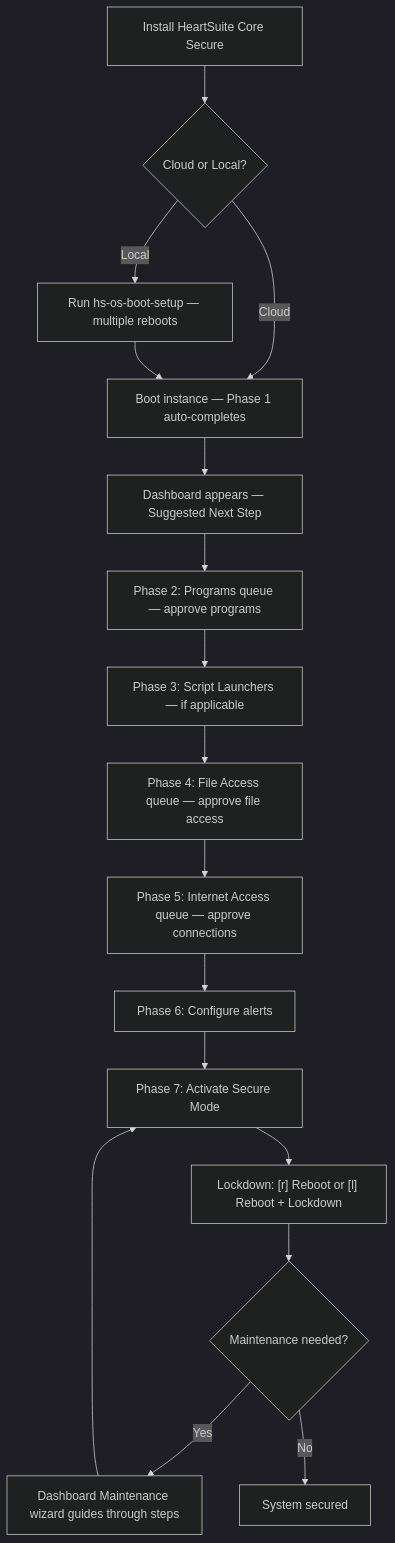
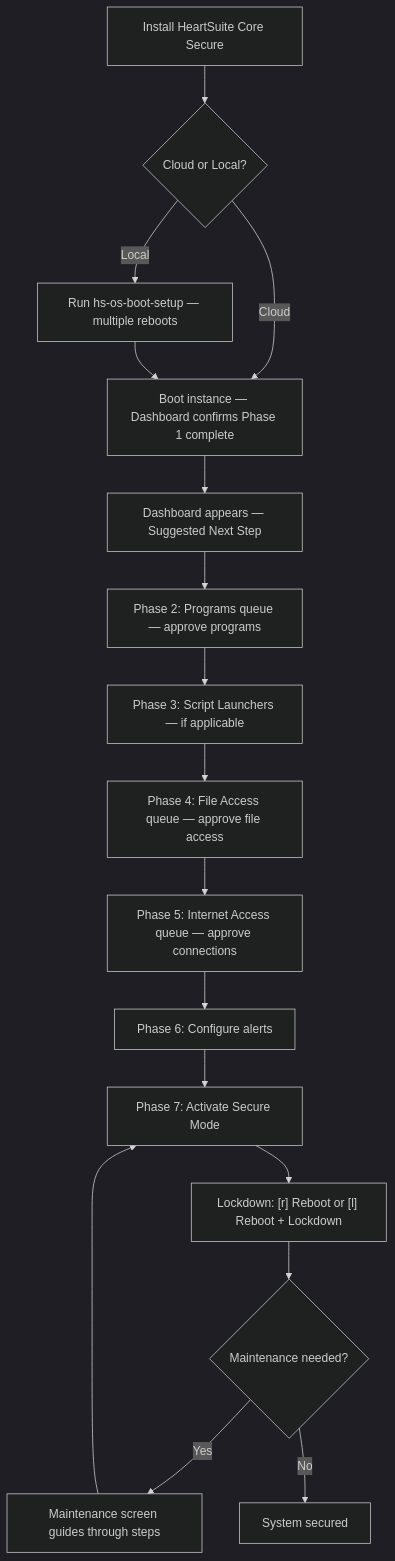
Before and after one commit to HeartSecuritySuite/heartsuite-docs: the diagram in content/en/docs/introduction/setup-overview/_index.md, drawn with Mermaid (dark theme). The commit also changed 10 other files, not shown here.

````diff
--- a/content/en/docs/introduction/setup-overview/_index.md
+++ b/content/en/docs/introduction/setup-overview/_index.md
@@ -61,19 +61,19 @@
 ```mermaid
 graph TD
     A[Install HeartSuite Core Secure] --> B{Cloud or Local?}
-    B -- Cloud --> C[Boot instance — Phase 1 auto-completes]
+    B -- Cloud --> C[Boot instance — Dashboard confirms Phase 1 complete]
     B -- Local --> D["Run hs-os-boot-setup — multiple reboots"]
     D --> C
     C --> E[Dashboard appears — Suggested Next Step]
     E --> F["Phase 2: Programs queue — approve programs"]
     F --> G["Phase 3: Script Launchers — if applicable"]
     G --> H["Phase 4: File Access queue — approve file access"]
     H --> I["Phase 5: Internet Access queue — approve connections"]
     I --> J["Phase 6: Configure alerts"]
     J --> K["Phase 7: Activate Secure Mode"]
     K --> L["Lockdown: [r] Reboot or [l] Reboot + Lockdown"]
     L --> M{Maintenance needed?}
-    M -- Yes --> N["Dashboard Maintenance wizard guides through steps"]
+    M -- Yes --> N["Maintenance screen guides through steps"]
     N --> K
     M -- No --> O[System secured]
 ```
````
